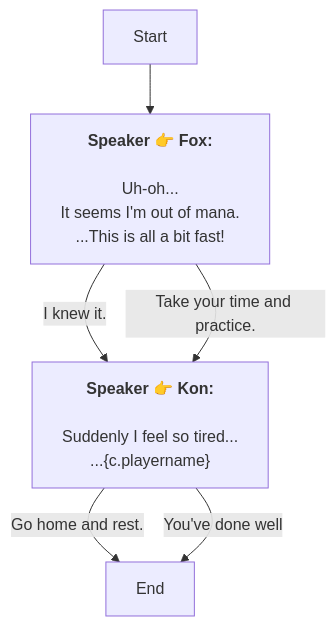
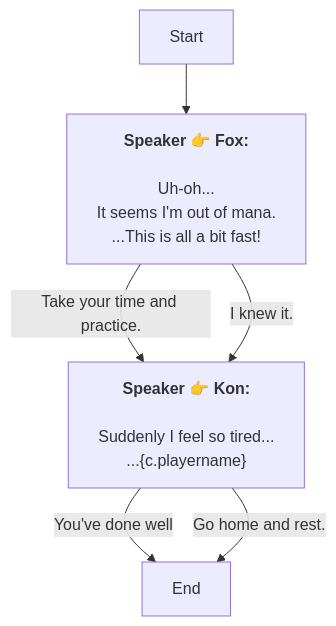
One commit to SoftHu/tos_avg changed the diagram in En/QuestStartTalkENode_1764843102791930.md. Above: the diagram before and after it, drawn with Mermaid. The commit also changed other lines of this file and 780 other files, not shown here.

````diff
--- a/En/QuestStartTalkENode_1764843102791930.md
+++ b/En/QuestStartTalkENode_1764843102791930.md
@@ -1,15 +1,15 @@
 ```mermaid
 graph
 Start -->1764843163038974[<b>Speaker 👉 Fox:</b>
 \nUh-oh...
 It seems I'm out of mana.\n...This is all a bit fast!]
+1764843163038974 -->|Take your time and practice.|1764843275170052[<b>Speaker 👉 Kon:</b>
+\nSuddenly I feel so tired...
+...&lbrace;c.playername&rbrace;]
 1764843163038974 -->|I knew it.|1764843275170052[<b>Speaker 👉 Kon:</b>
 \nSuddenly I feel so tired...
 ...&lbrace;c.playername&rbrace;]
-1764843163038974 -->|Take your time and practice.|1764843275170052[<b>Speaker 👉 Kon:</b>
-\nSuddenly I feel so tired...
-...&lbrace;c.playername&rbrace;]
+1764843275170052 -->|You've done well|1764893393003223[End]
 1764843275170052 -->|Go home and rest.|1764893393003223[End]
-1764843275170052 -->|You've done well|1764893393003223[End]
 
 ```
````
